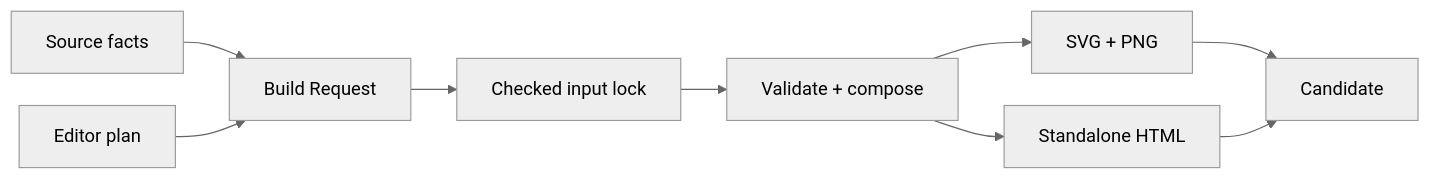
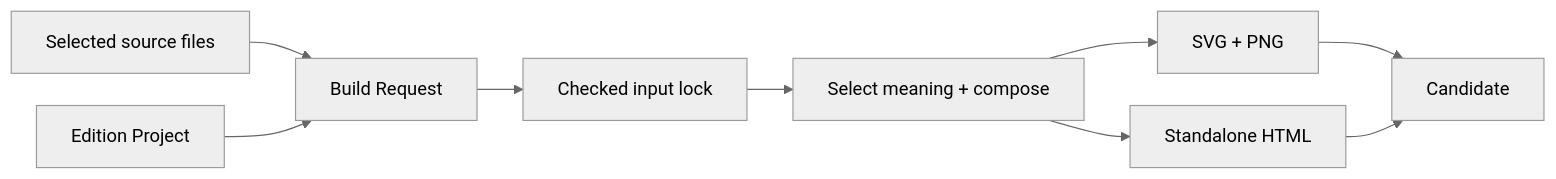
The first of 2 diagrams in docs/product-contract.md (HengYangDS/architecture-publisher), drawn with Mermaid before and after one commit. The commit also changed other lines of this file and 24 other files, not shown here.

````diff
--- a/docs/product-contract.md
+++ b/docs/product-contract.md
@@ -138,12 +138,12 @@
 ```mermaid
 %%{init: {"theme": "neutral", "themeVariables": {"fontSize": "16px"}, "flowchart": {"nodeSpacing": 28, "rankSpacing": 40}}}%%
 flowchart LR
-    source["Source facts"] --> request["Build Request"]
-    editor["Editor plan"] --> request
+    source["Selected source files"] --> request["Build Request"]
+    editor["Edition Project"] --> request
     request --> lock["Checked input lock"]
-    lock --> compose["Validate + compose"]
+    lock --> compose["Select meaning + compose"]
     compose --> static["SVG + PNG"]
     compose --> interactive["Standalone HTML"]
     static --> candidate["Candidate"]
     interactive --> candidate
 ```
````
